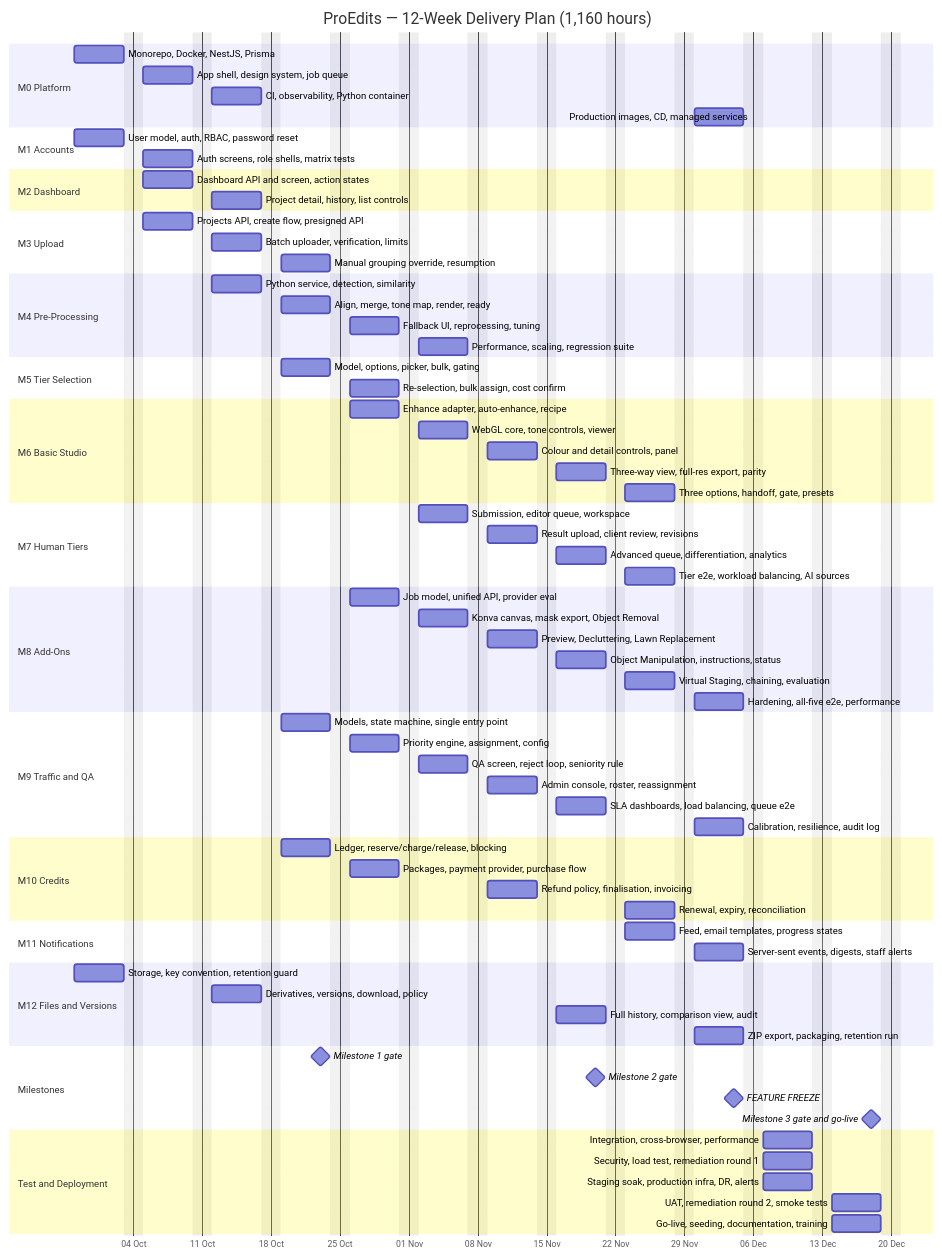
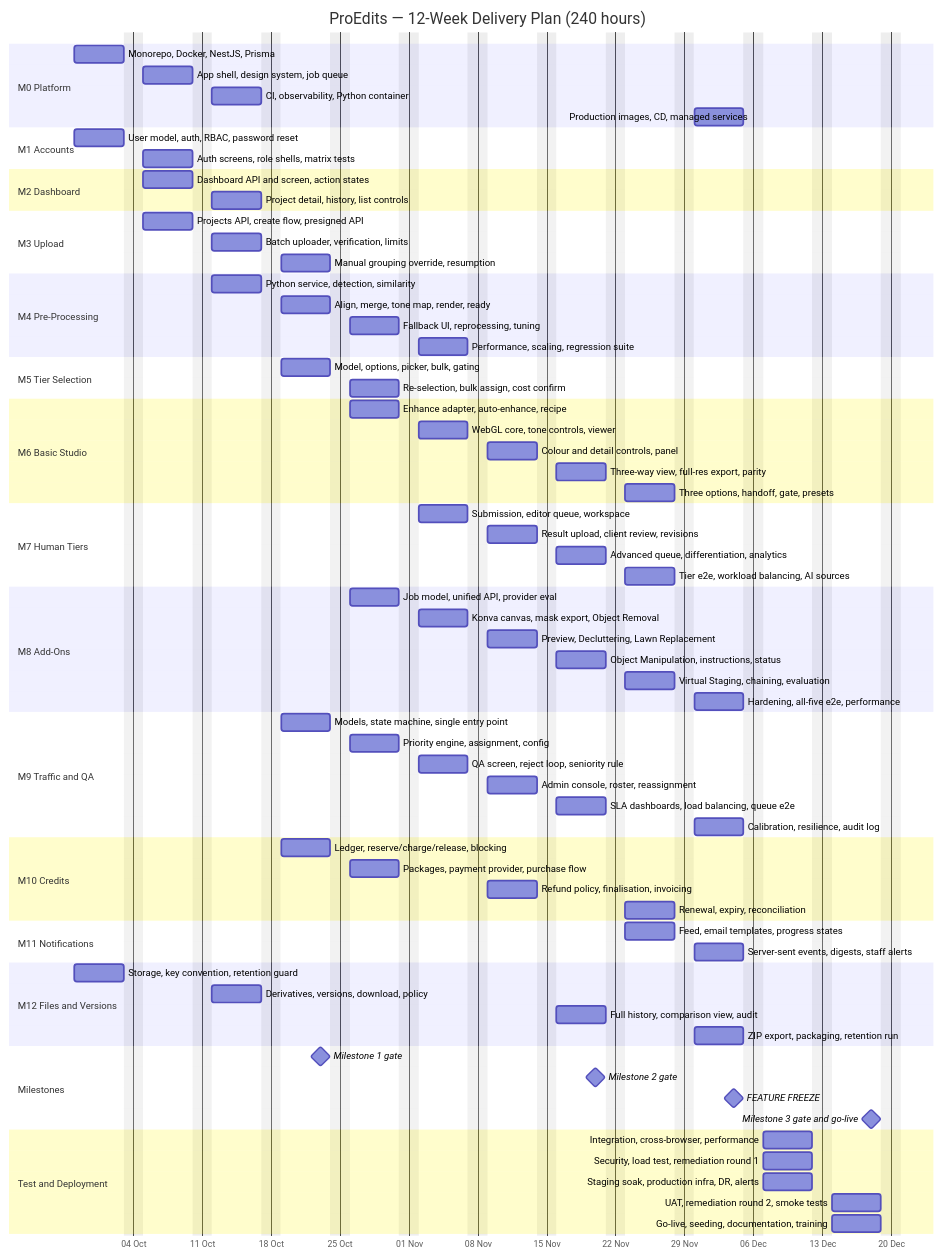
One commit to Abdullahbinaqeel/proedits-delivery-plan changed the diagram in plan.md. Above: the diagram before and after it, drawn with Mermaid. The commit also changed other lines of this file and 2 other files, not shown here.

First line of the commit message:
fix: restate the programme at 240 hours over the same 12 weeks

````diff
--- a/plan.md
+++ b/plan.md
@@ -375,6 +375,6 @@
 ```mermaid
 gantt
-    title ProEdits — 12-Week Delivery Plan (1,160 hours)
+    title ProEdits — 12-Week Delivery Plan (240 hours)
     dateFormat  YYYY-MM-DD
     axisFormat  %d %b
     excludes    weekends
````
